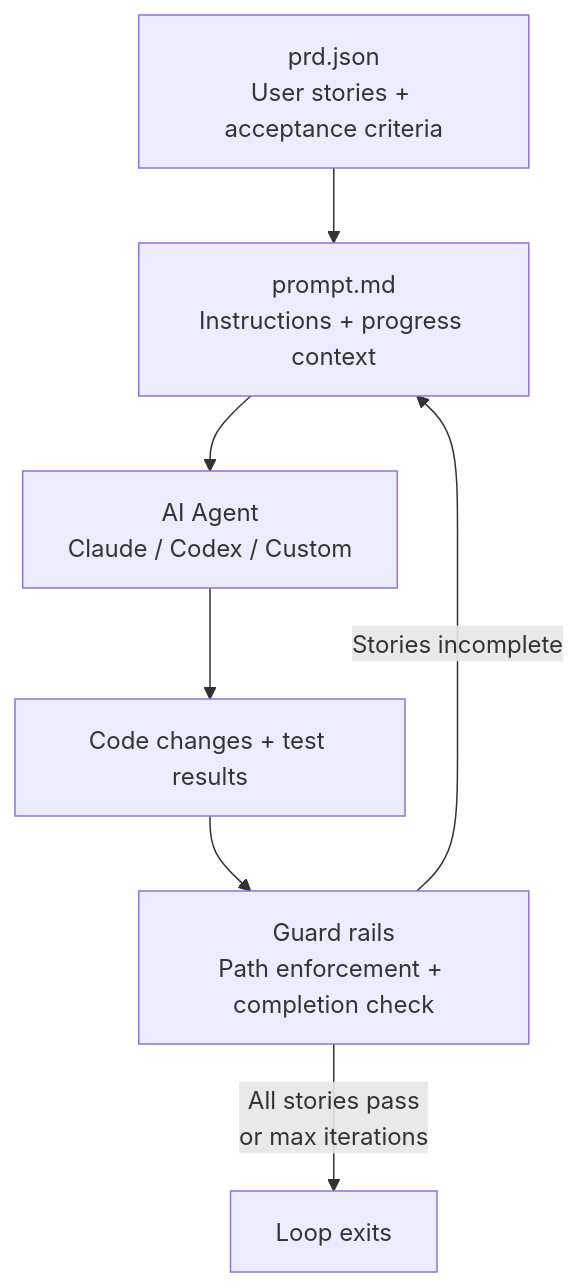
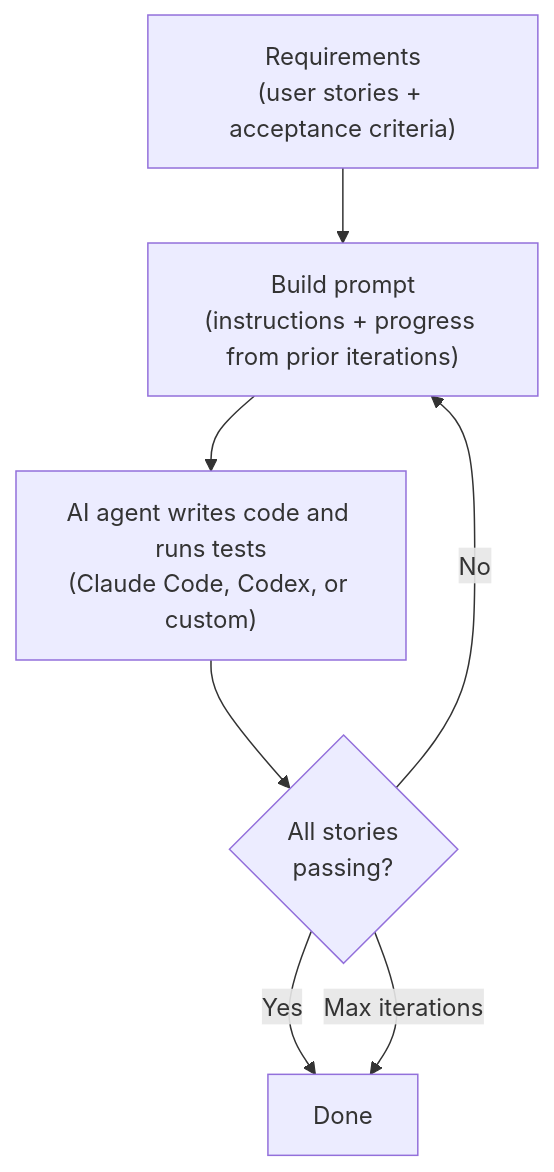
One commit to 0xfauzi/kstrl changed the first of 2 diagrams in README.md. Above: the diagram before and after it, drawn with Mermaid. The commit also changed other lines of this file, not shown here.

````diff
--- a/README.md
+++ b/README.md
@@ -22,9 +27,9 @@
 ```mermaid
 flowchart TD
-    PRD[prd.json\nUser stories + acceptance criteria] --> Prompt[prompt.md\nInstructions + progress context]
-    Prompt --> Agent[AI Agent\nClaude / Codex / Custom]
-    Agent --> Code[Code changes + test results]
-    Code --> Guard[Guard rails\nPath enforcement + completion check]
-    Guard -->|Stories incomplete| Prompt
-    Guard -->|All stories pass\nor max iterations| Done[Loop exits]
+    PRD["Requirements\n(user stories + acceptance criteria)"] --> Prompt["Build prompt\n(instructions + progress from prior iterations)"]
+    Prompt --> Agent["AI agent writes code and runs tests\n(Claude Code, Codex, or custom)"]
+    Agent --> Check{"All stories\npassing?"}
+    Check -->|No| Prompt
+    Check -->|Yes| Done["Done"]
+    Check -->|Max iterations| Done
 ```
````
